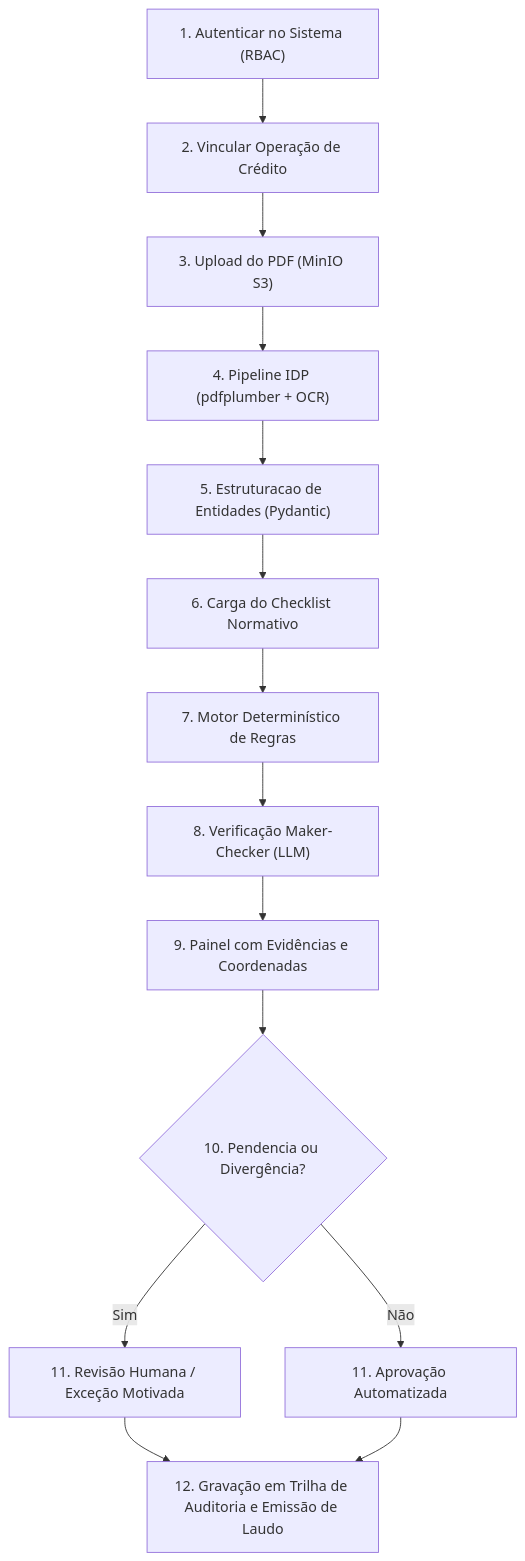
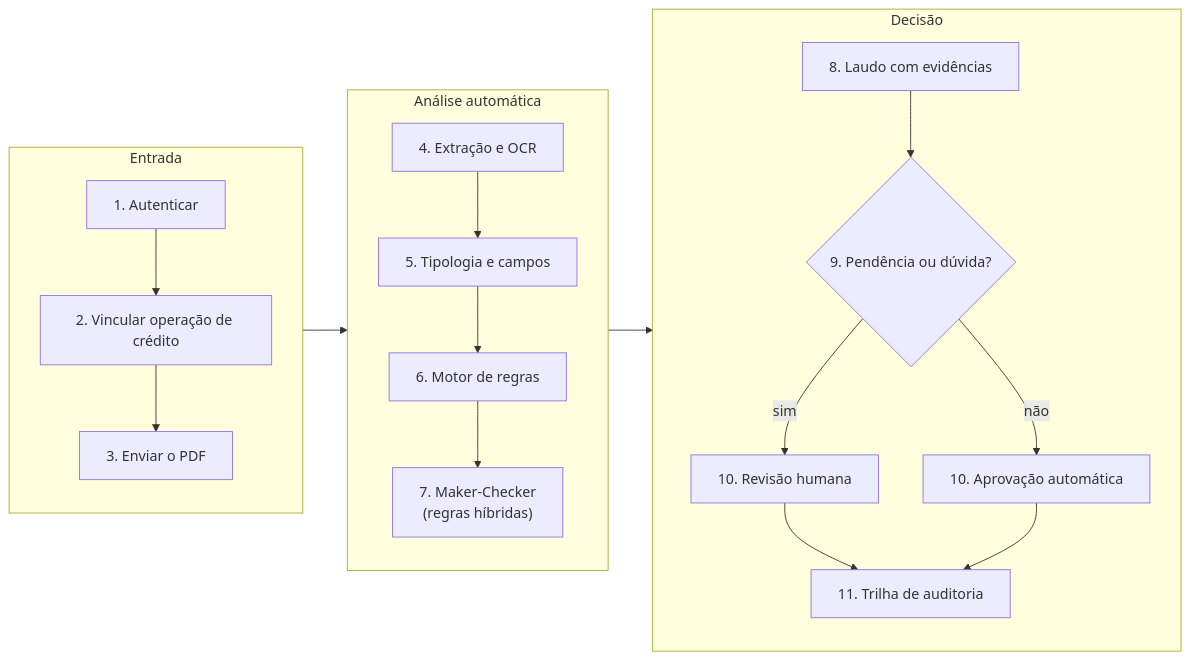
Before and after one commit to conformia-bndes/conformia-platform: the diagram in docs/planning/requirements.md, drawn with Mermaid. The commit also changed 4 other files, not shown here.

````diff
--- a/docs/planning/requirements.md
+++ b/docs/planning/requirements.md
@@ -21,16 +21,20 @@
 ```mermaid
-flowchart TD
-    A["1. Autenticar no Sistema (RBAC)"] --> B["2. Vincular Operação de Crédito"]
-    B --> C["3. Upload do PDF (MinIO S3)"]
-    C --> D["4. Pipeline IDP (pdfplumber + OCR)"]
-    D --> E["5. Estruturacao de Entidades (Pydantic)"]
-    E --> F["6. Carga do Checklist Normativo"]
-    F --> G["7. Motor Determinístico de Regras"]
-    G --> H["8. Verificação Maker-Checker (LLM)"]
-    H --> I["9. Painel com Evidências e Coordenadas"]
-    I --> J{"10. Pendencia ou Divergência?"}
-    J -->|Sim| K["11. Revisão Humana / Exceção Motivada"]
-    J -->|Não| L["11. Aprovação Automatizada"]
-    K --> M["12. Gravação em Trilha de Auditoria e Emissão de Laudo"]
-    L --> M
+flowchart LR
+    subgraph Entrada["Entrada"]
+        direction TB
+        A["1. Autenticar"] --> B["2. Vincular operação de crédito"] --> C["3. Enviar o PDF"]
+    end
+    subgraph Analise["Análise automática"]
+        direction TB
+        D["4. Extração e OCR"] --> E["5. Tipologia e campos"] --> F["6. Motor de regras"] --> G["7. Maker-Checker<br/>(regras híbridas)"]
+    end
+    subgraph Decisao["Decisão"]
+        direction TB
+        H["8. Laudo com evidências"] --> I{"9. Pendência ou dúvida?"}
+        I -->|sim| J["10. Revisão humana"]
+        I -->|não| K["10. Aprovação automática"]
+        J --> L["11. Trilha de auditoria"]
+        K --> L
+    end
+    Entrada --> Analise --> Decisao
 ```
````
